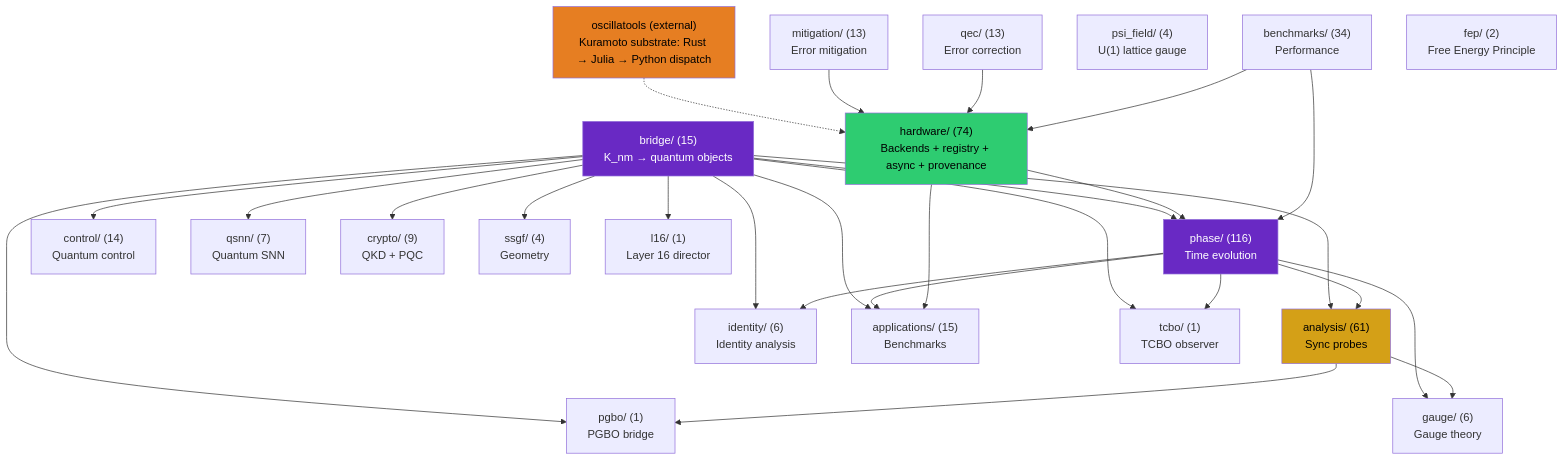
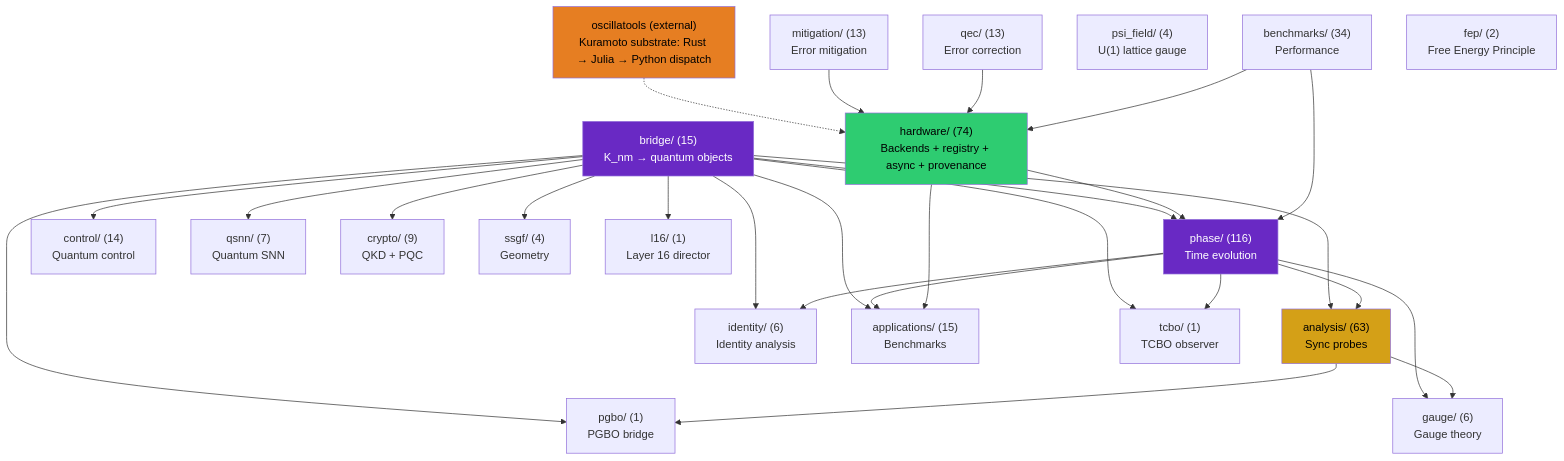
One commit to anulum/scpn-quantum-control changed the first of 4 diagrams in docs/architecture.md. Above: the diagram before and after it, drawn with Mermaid. The commit also changed other lines of this file and 1 other file, not shown here.

Commit message:
Fix documentation inventory drift (module count 571->587, analysis 61->63)
test_documentation_inventory_consistency asserts the hand-maintained
source-module counts in docs/architecture.md + docs/index.md and the per-package
mermaid nodes match the filesystem. Two drifts had accumulated on main and kept
CI red after the capability-manifest refresh:

- total Python source modules 571 -> 587 (docs/architecture.md + docs/index.md),
- the analysis/ mermaid node 61 -> 63 (the AUD-6/AUD-7 analysis modules
  dla_parity_exact_baseline.py + two_colour_schedule.py were landed without
  bumping the node).

capability_manifest.py does NOT refresh these hand-maintained docs. Verified both
drift gates pass in a clean git worktree (tracked files only = CI's view):
`pytest tests/test_documentation_inventory_consistency.py tests/test_capability_manifest.py`
-> 20 passed. Documentation inventory only; no behaviour change.

Seat: 7f6b
Authored by Anulum Fortis & Arcane Sapience (protoscience@anulum.li)

````diff
--- a/docs/architecture.md
+++ b/docs/architecture.md
@@ -362,55 +362,55 @@
 ```mermaid
 graph TD
     bridge["bridge/ (15)\nK_nm → quantum objects"]
     phase["phase/ (116)\nTime evolution"]
-    analysis["analysis/ (61)\nSync probes"]
+    analysis["analysis/ (63)\nSync probes"]
     control["control/ (14)\nQuantum control"]
     qsnn["qsnn/ (7)\nQuantum SNN"]
     identity["identity/ (6)\nIdentity analysis"]
     hardware["hardware/ (74)\nBackends + registry + async + provenance"]
     mitigation["mitigation/ (13)\nError mitigation"]
     qec["qec/ (13)\nError correction"]
     gauge["gauge/ (6)\nGauge theory"]
     apps["applications/ (15)\nBenchmarks"]
     crypto["crypto/ (9)\nQKD + PQC"]
     benchmarks["benchmarks/ (34)\nPerformance"]
     ssgf["ssgf/ (4)\nGeometry"]
     psi_field["psi_field/ (4)\nU(1) lattice gauge"]
     oscillatools["oscillatools (external)\nKuramoto substrate: Rust → Julia → Python dispatch"]
     fep["fep/ (2)\nFree Energy Principle"]
     tcbo["tcbo/ (1)\nTCBO observer"]
     pgbo["pgbo/ (1)\nPGBO bridge"]
     l16["l16/ (1)\nLayer 16 director"]
 
     bridge --> phase
     bridge --> analysis
     bridge --> control
     bridge --> qsnn
     bridge --> identity
     bridge --> apps
     bridge --> crypto
     bridge --> ssgf
     phase --> analysis
     phase --> identity
     phase --> apps
     phase --> gauge
     analysis --> gauge
     hardware --> phase
     hardware --> apps
     oscillatools -.-> hardware
     mitigation --> hardware
     qec --> hardware
     benchmarks --> phase
     benchmarks --> hardware
     bridge --> tcbo
     bridge --> pgbo
     bridge --> l16
     phase --> tcbo
     analysis --> pgbo
 
     style bridge fill:#6929C4,color:#fff
     style analysis fill:#d4a017,color:#000
     style phase fill:#6929C4,color:#fff
     style hardware fill:#2ecc71,color:#000
     style oscillatools fill:#e67e22,color:#000
 ```
````
